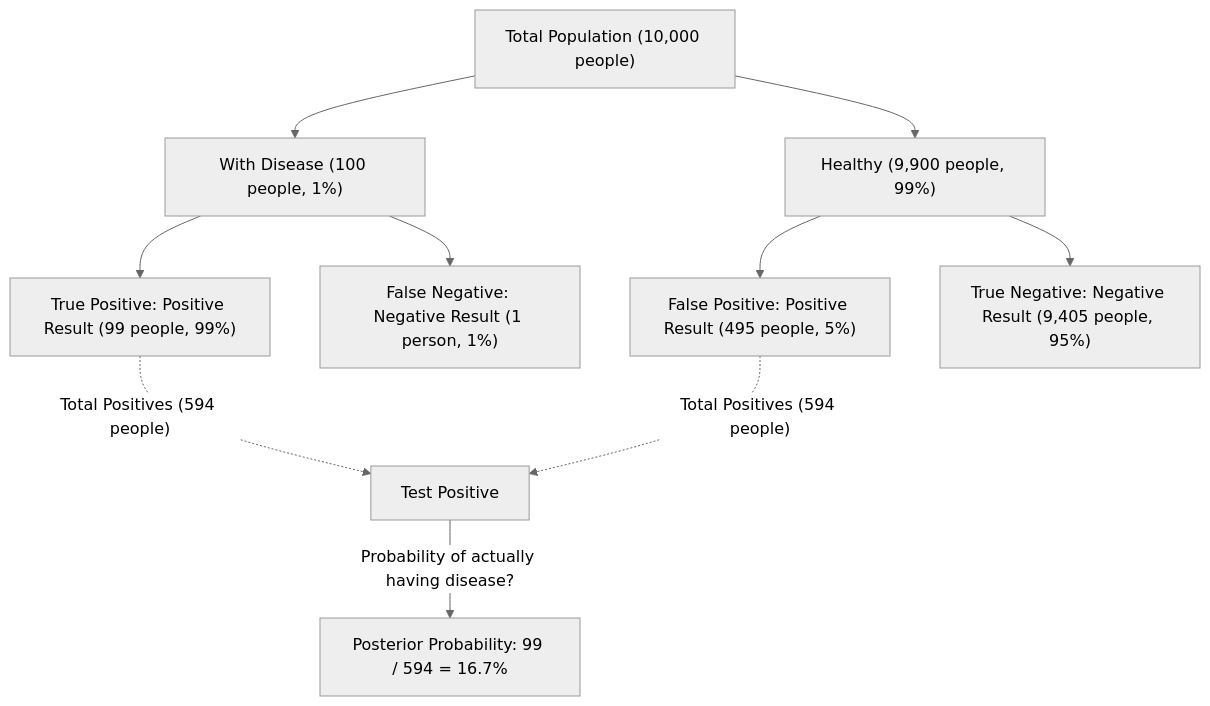
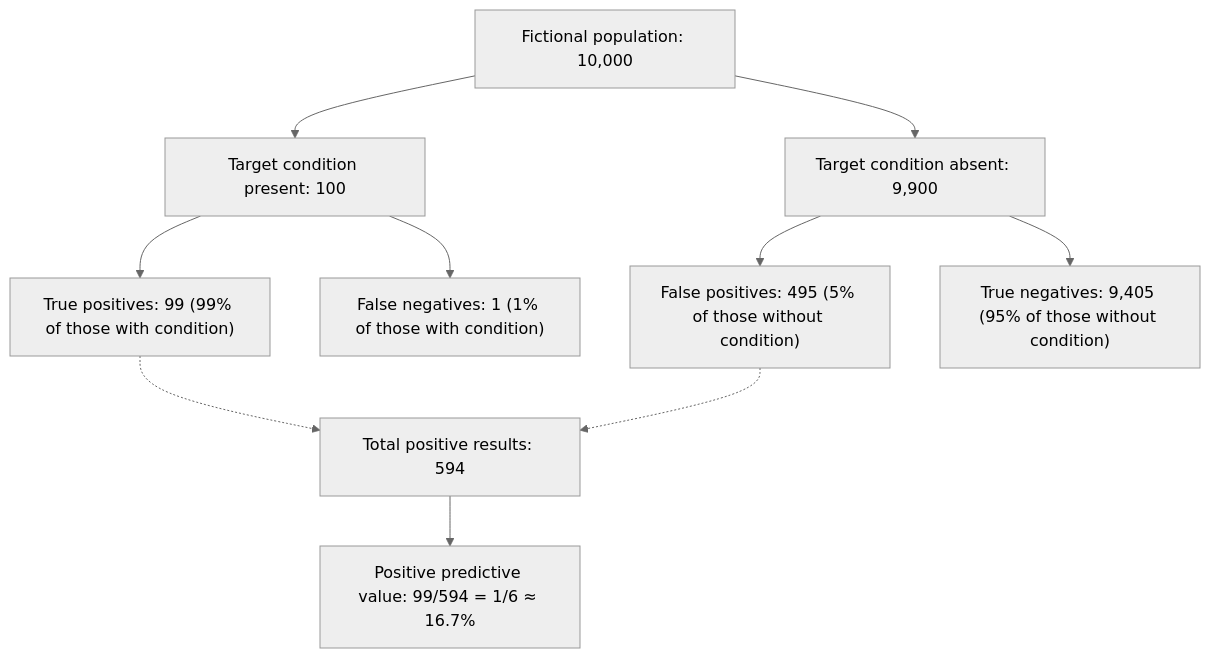
The first of 2 diagrams in content/post/bayes-theorem/index.en.md (kenjinote/blog), drawn with Mermaid (neutral theme) before and after one commit. The commit also changed other lines of this file and 10 other files, not shown here.

````diff
--- a/content/post/bayes-theorem/index.en.md
+++ b/content/post/bayes-theorem/index.en.md
@@ -83,16 +114,12 @@
 ```mermaid
 flowchart TD
-    Population["Total Population (10,000 people)"] --> Disease["With Disease (100 people, 1%)"]
-    Population --> Healthy["Healthy (9,900 people, 99%)"]
-    
-    Disease --> TruePositive["True Positive: Positive Result (99 people, 99%)"]
-    Disease --> FalseNegative["False Negative: Negative Result (1 person, 1%)"]
-    
-    Healthy --> FalsePositive["False Positive: Positive Result (495 people, 5%)"]
-    Healthy --> TrueNegative["True Negative: Negative Result (9,405 people, 95%)"]
-
-    TruePositive -.->|"Total Positives (594 people)"| AllPositives["Test Positive"]
-    FalsePositive -.->|"Total Positives (594 people)"| AllPositives
-    
-    AllPositives -->|"Probability of actually having disease?"| Posterior["Posterior Probability: 99 / 594 = 16.7%"]
+    Population["Fictional population: 10,000"] --> Disease["Target condition present: 100"]
+    Population --> NoDisease["Target condition absent: 9,900"]
+    Disease --> TP["True positives: 99 (99% of those with condition)"]
+    Disease --> FN["False negatives: 1 (1% of those with condition)"]
+    NoDisease --> FP["False positives: 495 (5% of those without condition)"]
+    NoDisease --> TN["True negatives: 9,405 (95% of those without condition)"]
+    TP -.-> AllPositive["Total positive results: 594"]
+    FP -.-> AllPositive
+    AllPositive --> PPV["Positive predictive value: 99/594 = 1/6 ≈ 16.7%"]
 ```
````
